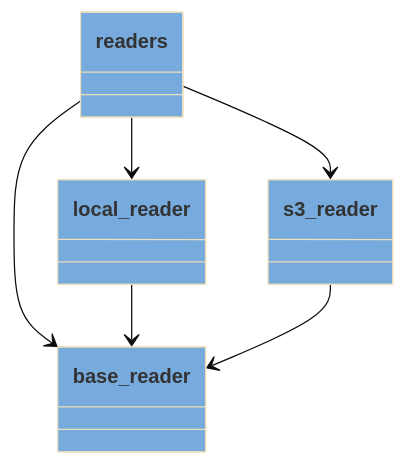
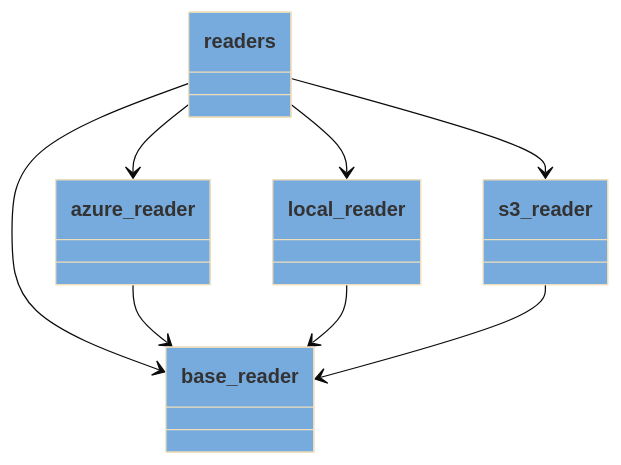
The diagram in docs/pyreverse/mermaid/packages_pythermondt.readers.mmd (voidsy-gmbh/pyThermoNDT), drawn with Mermaid (base theme) before and after one commit. The commit also changed 21 other files, not shown here.

```diff
--- a/docs/pyreverse/mermaid/packages_pythermondt.readers.mmd
+++ b/docs/pyreverse/mermaid/packages_pythermondt.readers.mmd
@@ -1,18 +1,23 @@
 classDiagram
   class readers {
   }
   style readers fill:#77AADD
+  class azure_reader {
+  }
+  style azure_reader fill:#77AADD
   class base_reader {
   }
   style base_reader fill:#77AADD
   class local_reader {
   }
   style local_reader fill:#77AADD
   class s3_reader {
   }
   style s3_reader fill:#77AADD
+  readers --> azure_reader
   readers --> base_reader
   readers --> local_reader
   readers --> s3_reader
+  azure_reader --> base_reader
   local_reader --> base_reader
   s3_reader --> base_reader
```
